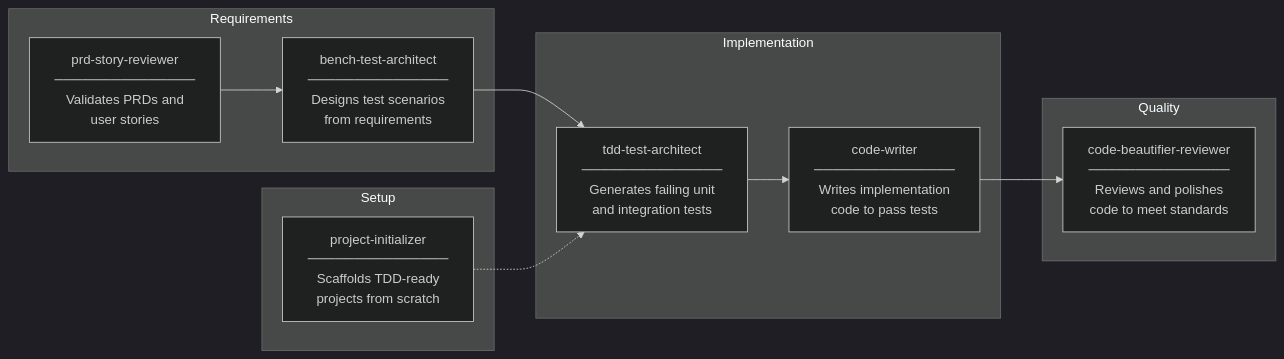
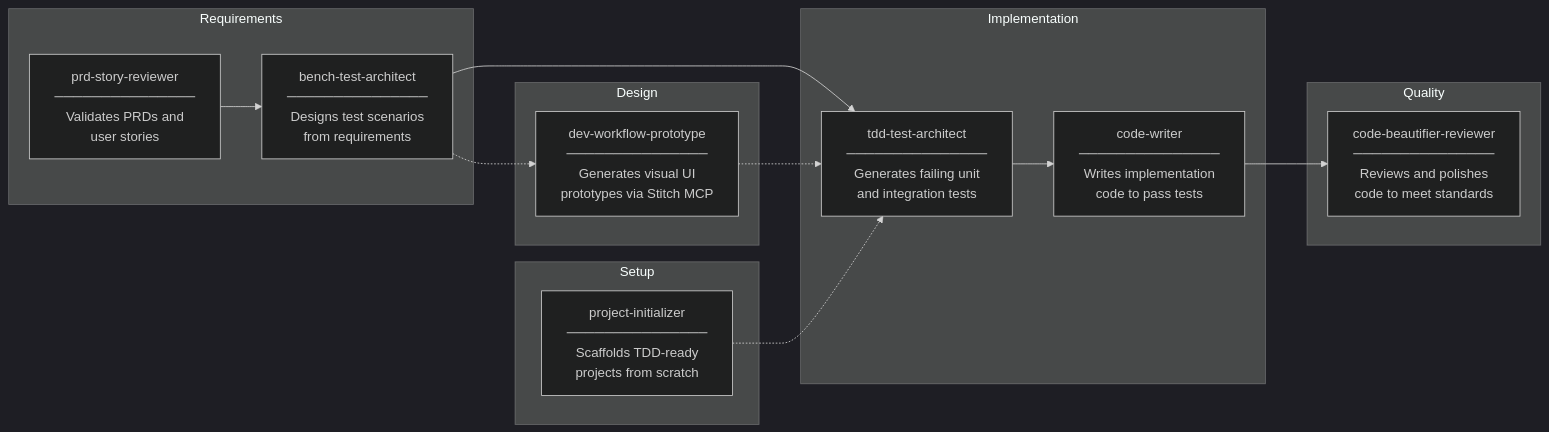
Before and after one commit to mateus-dti/dev-workflow: the third of 3 diagrams in README.md, drawn with Mermaid (dark theme). The commit also changed other lines of this file and 2 other files, not shown here.

First line of the commit message:
feat: add dev-workflow-prototype command and agent for UI prototyping via Stitch MCP

````diff
--- a/README.md
+++ b/README.md
@@ -129,26 +136,32 @@
 ```mermaid
 flowchart LR
     subgraph "Requirements"
         PRD["prd-story-reviewer\n───────────────\nValidates PRDs and\nuser stories"]
         BENCH["bench-test-architect\n───────────────\nDesigns test scenarios\nfrom requirements"]
     end
 
     subgraph "Setup"
         SCAFF["project-initializer\n───────────────\nScaffolds TDD-ready\nprojects from scratch"]
+    end
+
+    subgraph "Design"
+        PROTO["dev-workflow-prototype\n───────────────\nGenerates visual UI\nprototypes via Stitch MCP"]
     end
 
     subgraph "Implementation"
         TDD["tdd-test-architect\n───────────────\nGenerates failing unit\nand integration tests"]
         WRITE["code-writer\n───────────────\nWrites implementation\ncode to pass tests"]
     end
 
     subgraph "Quality"
         REVIEW["code-beautifier-reviewer\n───────────────\nReviews and polishes\ncode to meet standards"]
     end
 
     PRD --> BENCH
+    BENCH -.-> PROTO
     BENCH --> TDD
+    PROTO -.-> TDD
     SCAFF -.-> TDD
     TDD --> WRITE
     WRITE --> REVIEW
 ```
````
